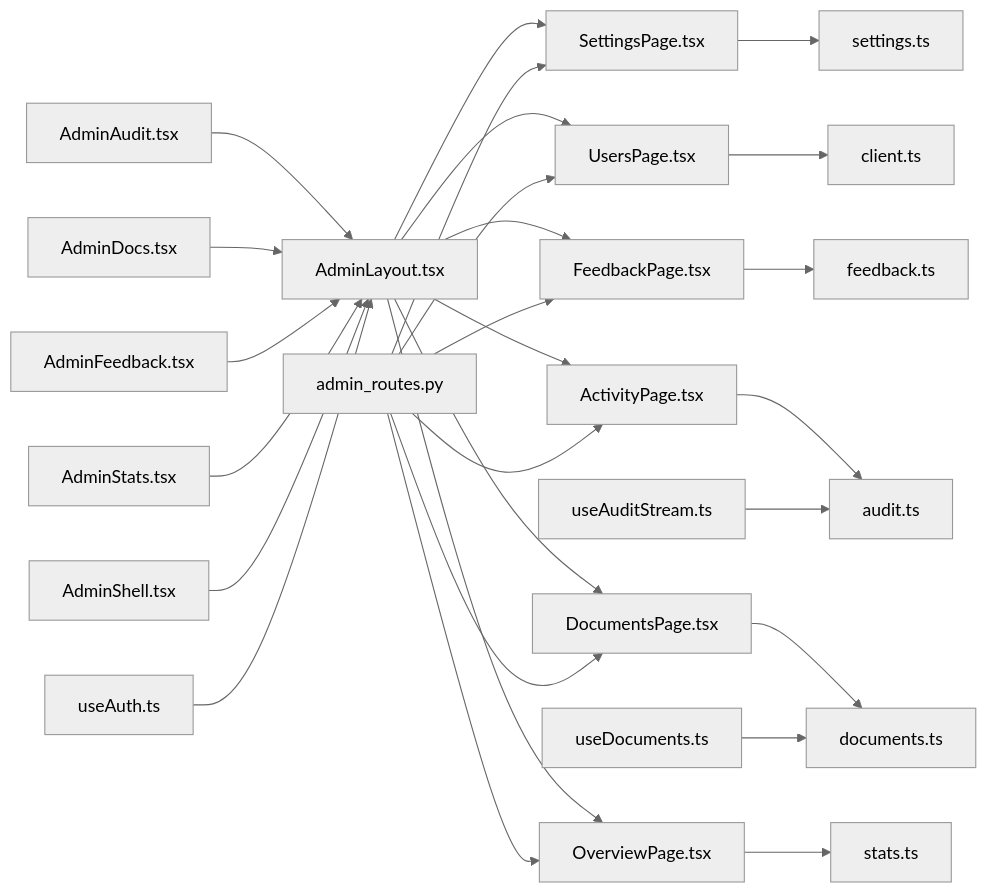
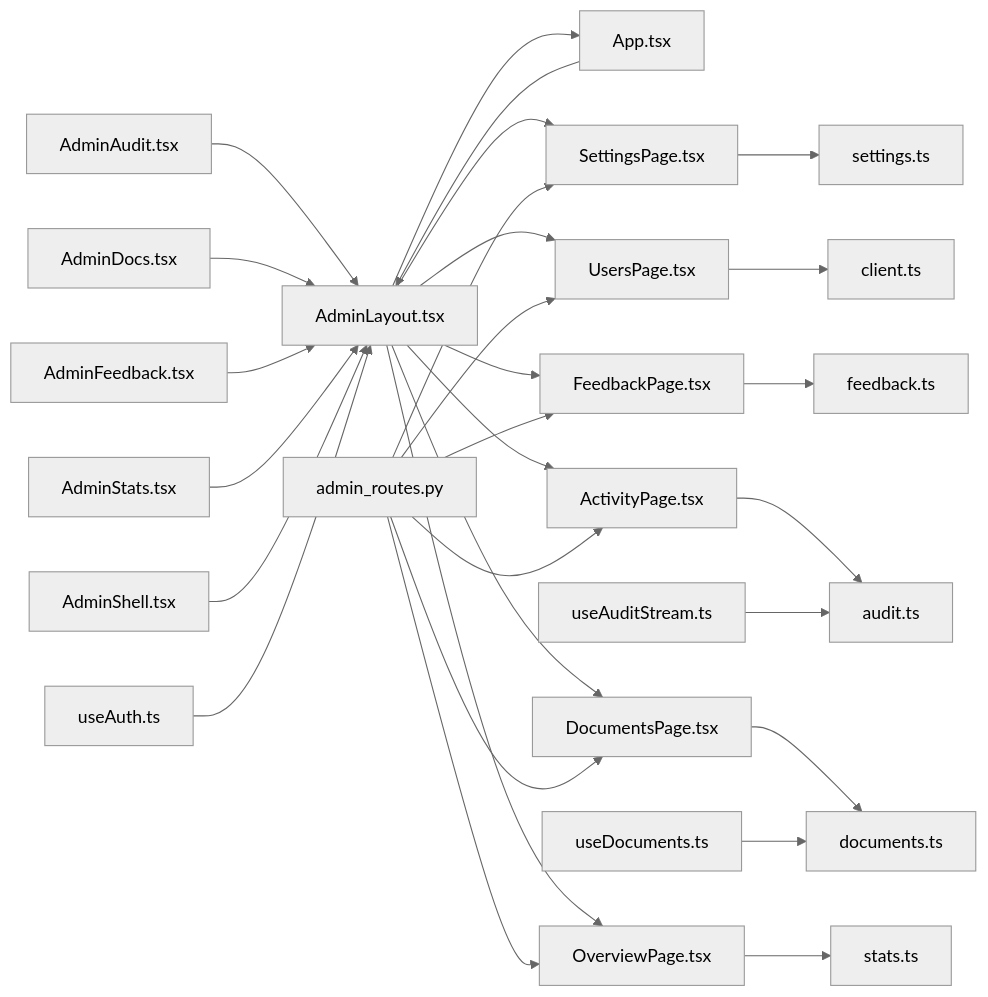
One commit to genes8/private-ai changed diagram 16 of 16 in .qoder/repowiki/en/content/Frontend Application/Admin Dashboard/Admin Dashboard.md. Above: the diagram before and after it, drawn with Mermaid (neutral theme). The commit also changed other lines of this file and 55 other files, not shown here.

````diff
--- a/.qoder/repowiki/en/content/Frontend Application/Admin Dashboard/Admin Dashboard.md
+++ b/.qoder/repowiki/en/content/Frontend Application/Admin Dashboard/Admin Dashboard.md
@@ -621,29 +662,31 @@
 ```mermaid
 graph LR
-AL["AdminLayout.tsx"] --> SP["SettingsPage.tsx"]
+AL["AdminLayout.tsx"] --> APP["App.tsx"]
+AL --> SP["SettingsPage.tsx"]
 AL --> UP["UsersPage.tsx"]
 AL --> FP["FeedbackPage.tsx"]
 AL --> AP["ActivityPage.tsx"]
 AL --> DP["DocumentsPage.tsx"]
 AL --> OP["OverviewPage.tsx"]
+APP --> AL
 SP --> SET["settings.ts"]
 UP --> CLI["client.ts"]
 FP --> FB["feedback.ts"]
 AP --> AT["audit.ts"]
 DP --> DOC["documents.ts"]
 OP --> ST["stats.ts"]
 DA["AdminAudit.tsx"] --> AL
 DD["AdminDocs.tsx"] --> AL
 DF["AdminFeedback.tsx"] --> AL
 DS["AdminStats.tsx"] --> AL
 AS["AdminShell.tsx"] --> AL
 UDM["useDocuments.ts"] --> DOC
 UAS["useAuditStream.ts"] --> AT
 UA["useAuth.ts"] --> AL
 AR["admin_routes.py"] --> SP
 AR --> UP
 AR --> FP
 AR --> AP
 AR --> DP
 AR --> OP
 ```
````
